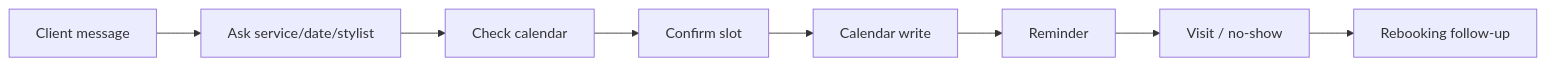
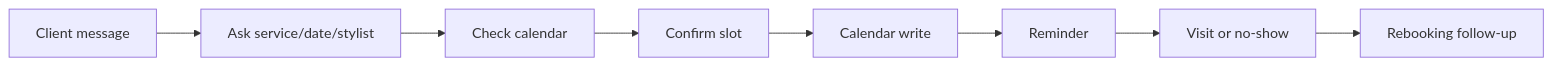
The diagram in docs/demo/SALON_BOOKING_ROADMAP_RU.md (ashishki/-Workflow-to-Agent-Studio), drawn with Mermaid before and after one commit. The commit also changed other lines of this file and 9 other files, not shown here.

````diff
--- a/docs/demo/SALON_BOOKING_ROADMAP_RU.md
+++ b/docs/demo/SALON_BOOKING_ROADMAP_RU.md
@@ -39,10 +51,10 @@
 ```mermaid
 flowchart LR
     A[Client message] --> B[Ask service/date/stylist]
     B --> C[Check calendar]
     C --> D[Confirm slot]
     D --> E[Calendar write]
     E --> F[Reminder]
-    F --> G[Visit / no-show]
+    F --> G[Visit or no-show]
     G --> H[Rebooking follow-up]
 ```
````
